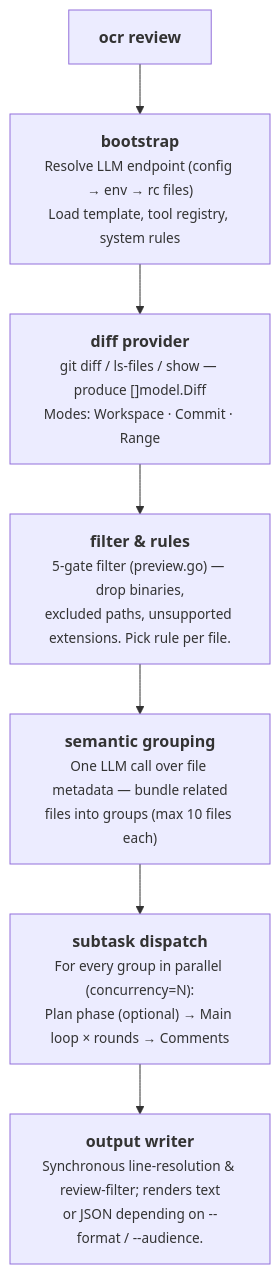
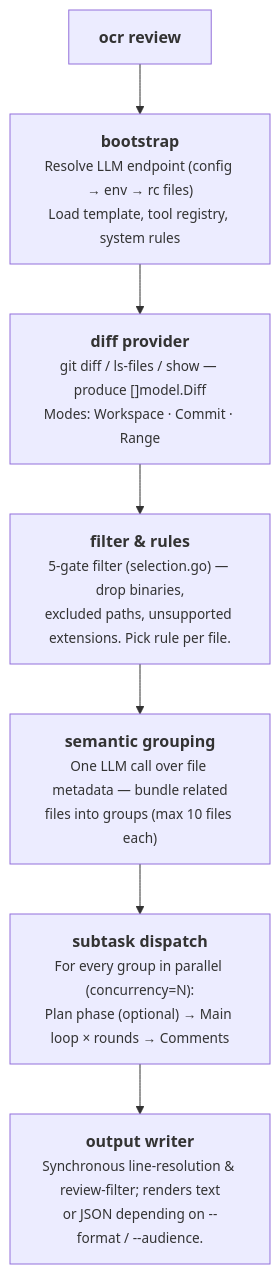
Before and after one commit to A1oha666/open-code-review: the first of 2 diagrams in pages/src/content/docs/en/architecture.md, drawn with Mermaid. The commit also changed other lines of this file and 36 other files, not shown here.

First line of the commit message:
fix(agent): make --preview apply the same selection the review applies (#801)

````diff
--- a/pages/src/content/docs/en/architecture.md
+++ b/pages/src/content/docs/en/architecture.md
@@ -14,12 +14,12 @@
 ```mermaid
 flowchart TD
     A["<b>ocr review</b>"]
     B["<b>bootstrap</b><br/><span style='font-size:0.85em'>Resolve LLM endpoint (config → env → rc files)<br/>Load template, tool registry, system rules</span>"]
     C["<b>diff provider</b><br/><span style='font-size:0.85em'>git diff / ls-files / show — produce []model.Diff<br/>Modes: Workspace · Commit · Range</span>"]
-    D["<b>filter & rules</b><br/><span style='font-size:0.85em'>5-gate filter (preview.go) — drop binaries,<br/>excluded paths, unsupported extensions. Pick rule per file.</span>"]
+    D["<b>filter & rules</b><br/><span style='font-size:0.85em'>5-gate filter (selection.go) — drop binaries,<br/>excluded paths, unsupported extensions. Pick rule per file.</span>"]
     D2["<b>semantic grouping</b><br/><span style='font-size:0.85em'>One LLM call over file metadata — bundle related<br/>files into groups (max 10 files each)</span>"]
     E["<b>subtask dispatch</b><br/><span style='font-size:0.85em'>For every group in parallel (concurrency=N):<br/>Plan phase (optional) → Main loop × rounds → Comments</span>"]
     F["<b>output writer</b><br/><span style='font-size:0.85em'>Synchronous line-resolution & review-filter; renders text<br/>or JSON depending on --format / --audience.</span>"]
 
     A --> B --> C --> D --> D2 --> E --> F
 ```
````
